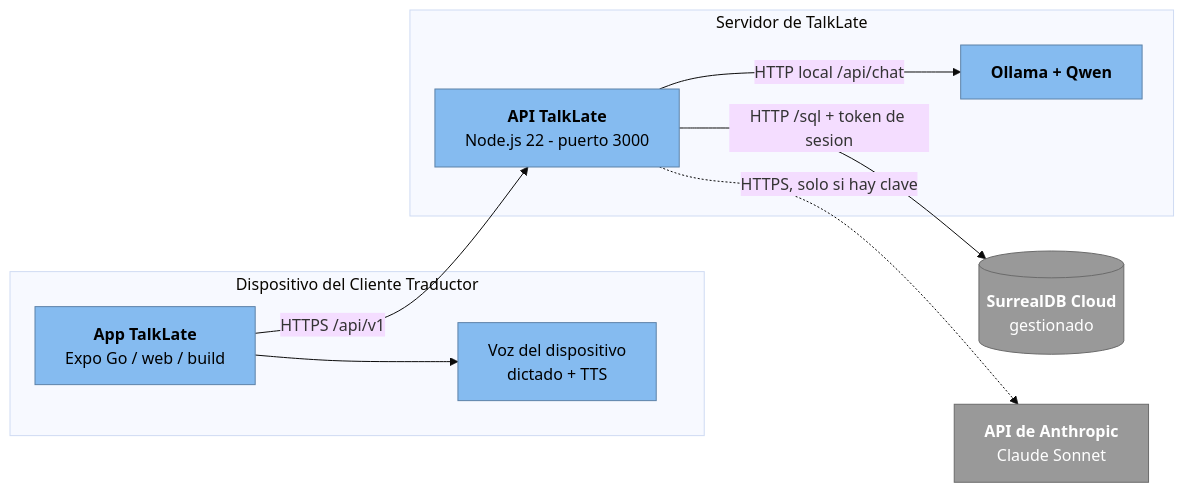
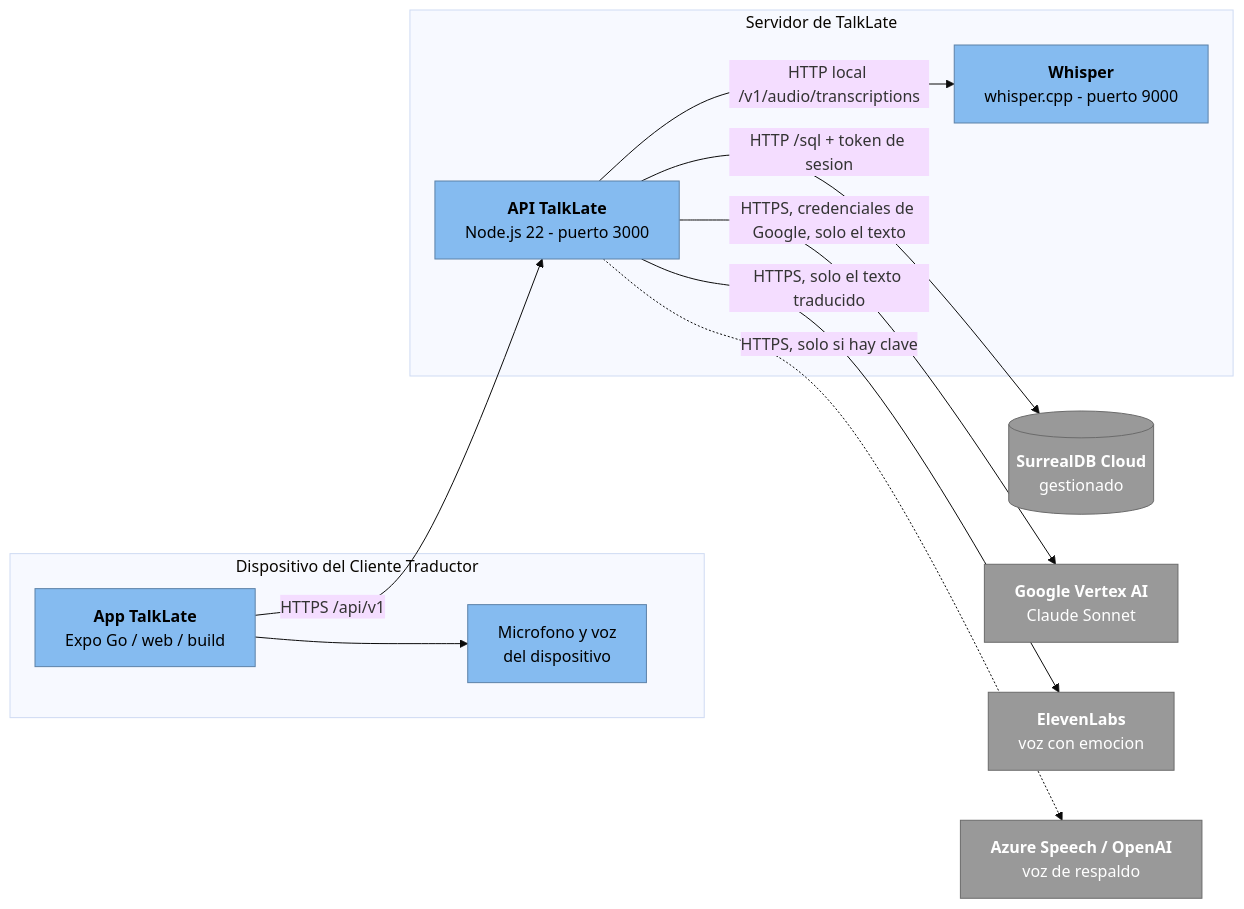
Before and after one commit to Dafatalk/talklate: the fifth of 5 diagrams in arquitectura/arquitectura.md, drawn with Mermaid (base theme). The commit also changed other lines of this file and 25 other files, not shown here.

First line of the commit message:
docs: poner al dia la documentacion con Claude en Vertex, ElevenLabs, 9 puertos y 77 pruebas; ADR-020; admin sin contrasena por defecto en produccion

````diff
--- a/arquitectura/arquitectura.md
+++ b/arquitectura/arquitectura.md
@@ -257,24 +317,28 @@
 ```mermaid
 flowchart LR
     subgraph disp["Dispositivo del Cliente Traductor"]
         appd["<b>App TalkLate</b><br/>Expo Go / web / build"]
-        vozd["Voz del dispositivo<br/>dictado + TTS"]
+        vozd["Microfono y voz<br/>del dispositivo"]
     end
     subgraph srv["Servidor de TalkLate"]
         apin["<b>API TalkLate</b><br/>Node.js 22 - puerto 3000"]
-        oll["<b>Ollama + Qwen</b>"]
+        wh["<b>Whisper</b><br/>whisper.cpp - puerto 9000"]
     end
     cloud[("<b>SurrealDB Cloud</b><br/>gestionado")]
-    anth["<b>API de Anthropic</b><br/>Claude Sonnet"]
+    vtx["<b>Google Vertex AI</b><br/>Claude Sonnet"]
+    eleven["<b>ElevenLabs</b><br/>voz con emocion"]
+    azu["<b>Azure Speech / OpenAI</b><br/>voz de respaldo"]
 
     appd -->|HTTPS /api/v1| apin
     appd --> vozd
-    apin -->|HTTP local /api/chat| oll
+    apin -->|HTTP local /v1/audio/transcriptions| wh
+    apin -->|HTTPS, solo el texto traducido| eleven
     apin -->|HTTP /sql + token de sesion| cloud
-    apin -.->|HTTPS, solo si hay clave| anth
+    apin -->|HTTPS, credenciales de Google, solo el texto| vtx
+    apin -.->|HTTPS, solo si hay clave| azu
 
     classDef comp fill:#85BBF0,stroke:#5D82A8,color:#000000
     classDef ext fill:#999999,stroke:#6B6B6B,color:#FFFFFF
-    class appd,vozd,apin,oll comp
-    class cloud,anth ext
+    class appd,vozd,apin,wh comp
+    class cloud,vtx,eleven,azu ext
 ```
````
